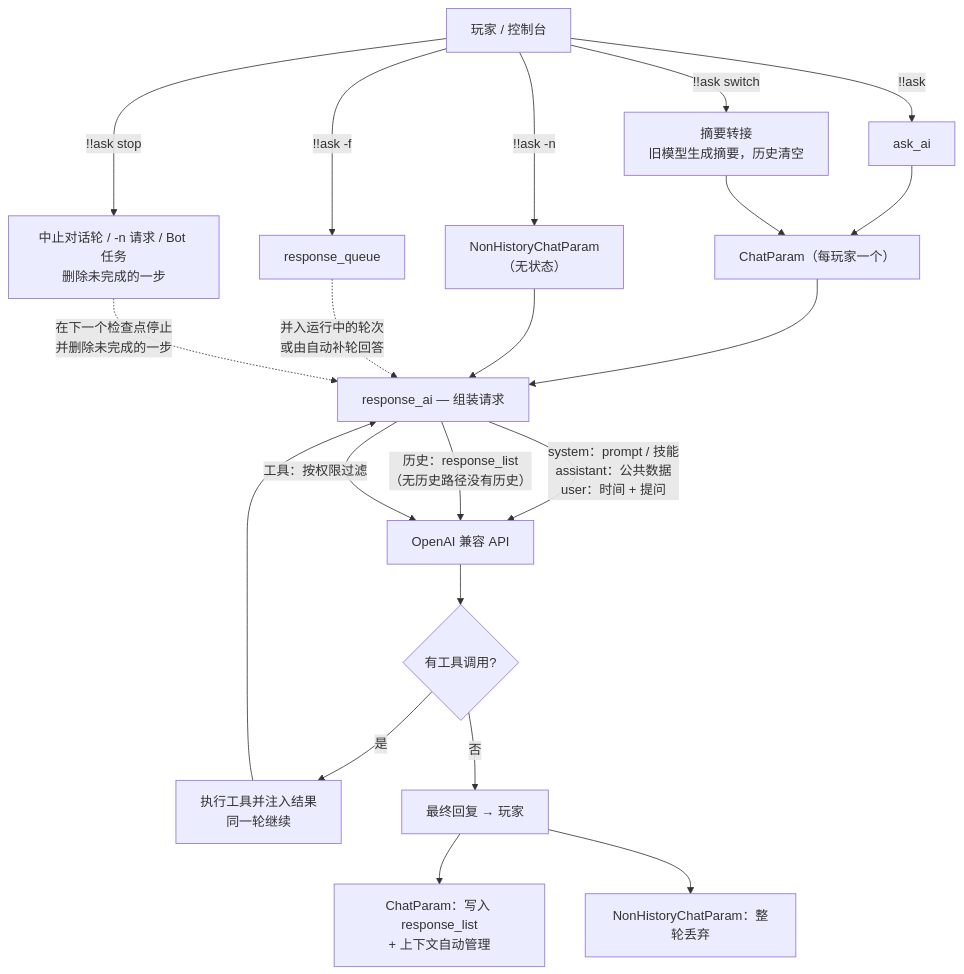
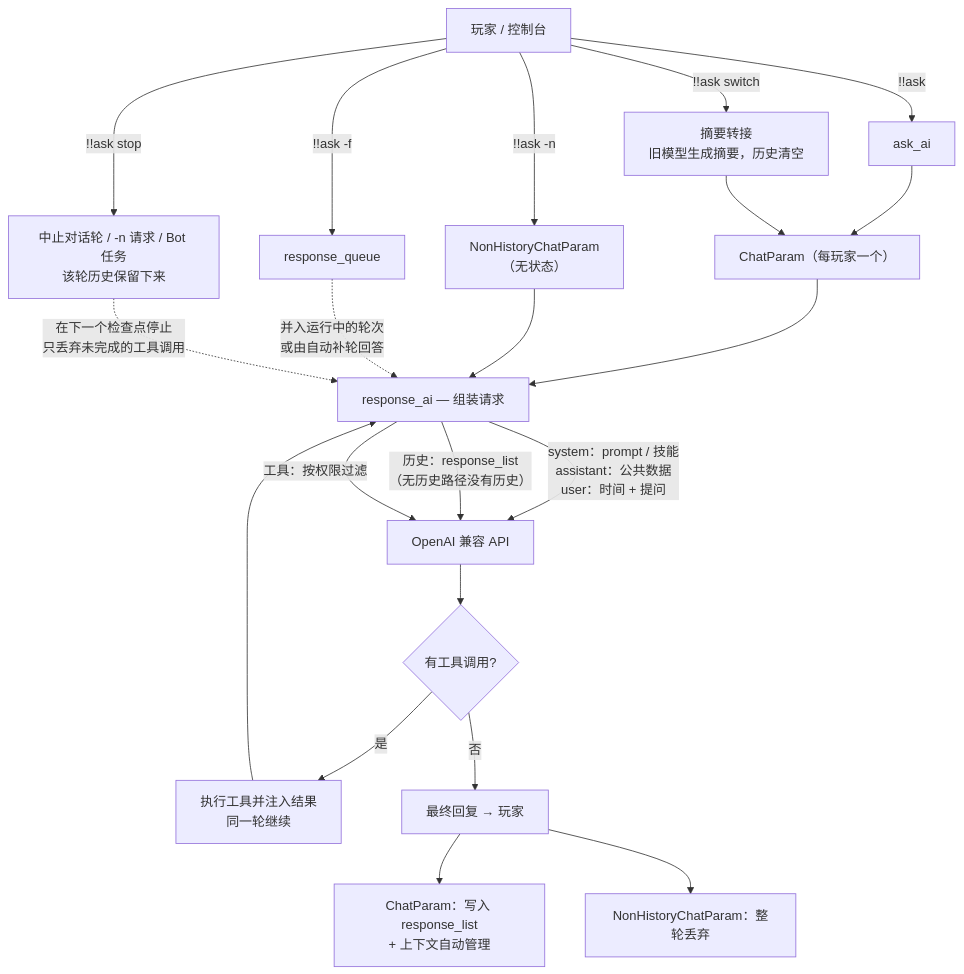
One commit to PengZixuan30/Games_AI changed the diagram in docs/zh_cn/ai-request-pipeline.md. Above: the diagram before and after it, drawn with Mermaid. The commit also changed other lines of this file and 41 other files, not shown here.

````diff
--- a/docs/zh_cn/ai-request-pipeline.md
+++ b/docs/zh_cn/ai-request-pipeline.md
@@ -27,26 +27,26 @@
 ```mermaid
 flowchart TD
     U["玩家 / 控制台"] -->|"!!ask <content>"| ASK["ask_ai"]
     U -->|"!!ask -n <content>"| NOH["NonHistoryChatParam<br/>（无状态）"]
     U -->|"!!ask -f <content>"| QUEUE["response_queue"]
     U -->|"!!ask switch <model>"| SWITCH["摘要转接<br/>旧模型生成摘要，历史清空"]
-    U -->|"!!ask stop"| STOP["中止对话轮 / -n 请求 / Bot 任务<br/>删除未完成的一步"]
+    U -->|"!!ask stop"| STOP["中止对话轮 / -n 请求 / Bot 任务<br/>该轮历史保留下来"]
 
     ASK --> CP["ChatParam（每玩家一个）"]
     CP --> BUILD["response_ai — 组装请求"]
     NOH --> BUILD
     BUILD -->|"system：prompt / 技能<br/>assistant：公共数据<br/>user：时间 + 提问"| API
     BUILD -->|"历史：response_list<br/>（无历史路径没有历史）"| API
     BUILD -->|"工具：按权限过滤"| API
 
     API["OpenAI 兼容 API"] --> TOOLCALL{"有工具调用?"}
     TOOLCALL -->|"是"| TOOL["执行工具并注入结果<br/>同一轮继续"]
     TOOL --> BUILD
     TOOLCALL -->|"否"| REPLY["最终回复 → 玩家"]
     REPLY --> SAVE["ChatParam：写入 response_list<br/>+ 上下文自动管理"]
     REPLY --> DROP["NonHistoryChatParam：整轮丢弃"]
 
     QUEUE -.->|"并入运行中的轮次<br/>或由自动补轮回答"| BUILD
     SWITCH --> CP
-    STOP -.->|"在下一个检查点停止<br/>并删除未完成的一步"| BUILD
+    STOP -.->|"在下一个检查点停止<br/>只丢弃未完成的工具调用"| BUILD
 ```
````
